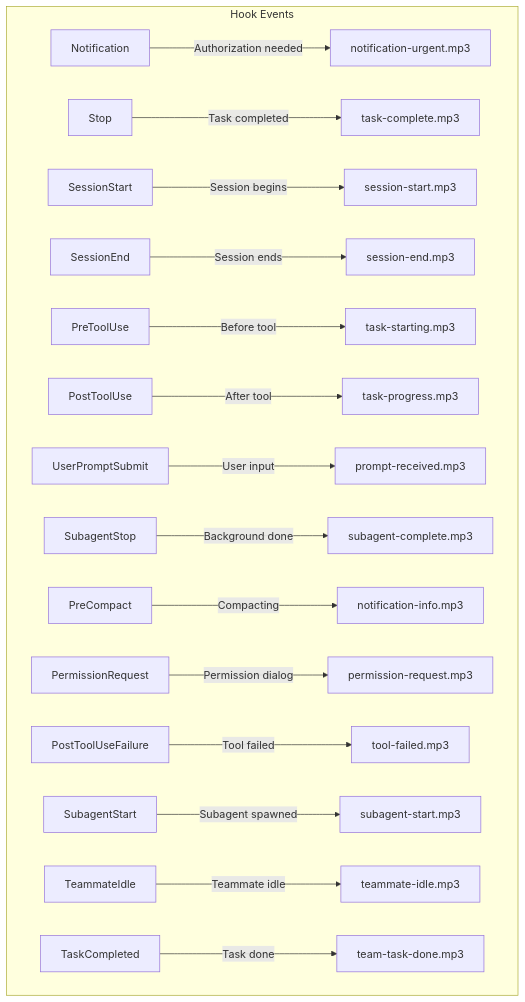
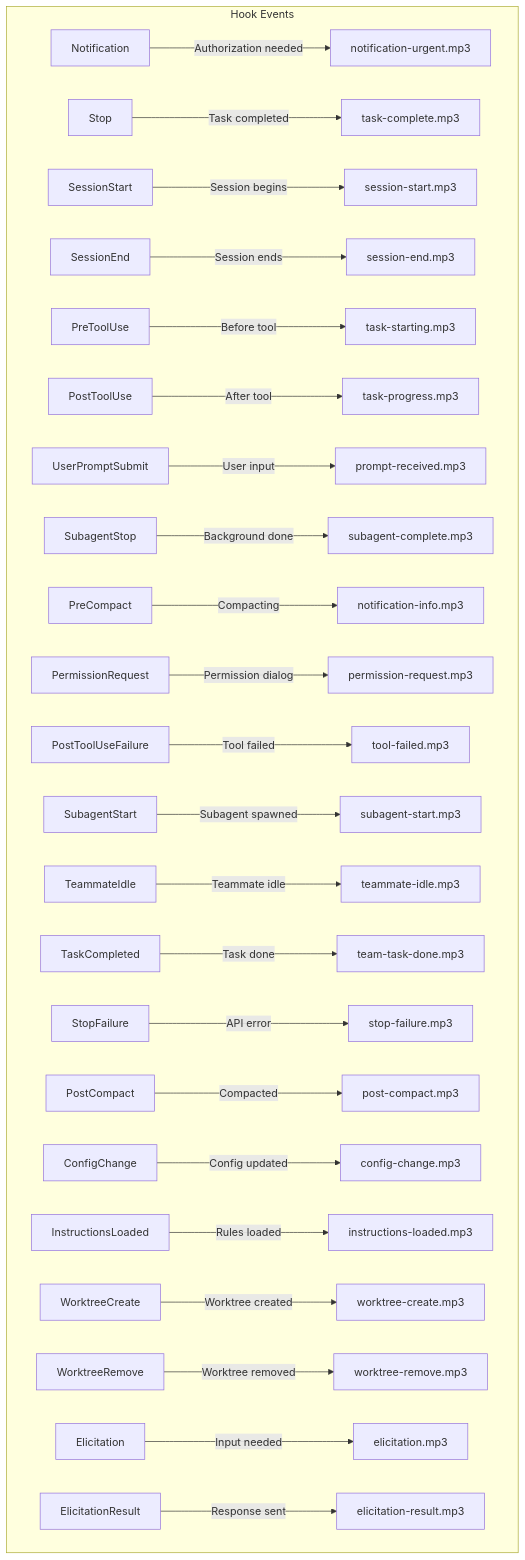
Before and after one commit to tozaki1545atebau/claude-code-audio-hooks: the third of 4 diagrams in CLAUDE.md, drawn with Mermaid. The commit also changed other lines of this file and 27 other files, not shown here.

````diff
--- a/CLAUDE.md
+++ b/CLAUDE.md
@@ -137,19 +145,27 @@
 ```mermaid
 graph TD
     subgraph "Hook Events"
         H1[Notification] -->|"Authorization needed"| A1[notification-urgent.mp3]
         H2[Stop] -->|"Task completed"| A2[task-complete.mp3]
         H3[SessionStart] -->|"Session begins"| A3[session-start.mp3]
         H4[SessionEnd] -->|"Session ends"| A4[session-end.mp3]
         H5[PreToolUse] -->|"Before tool"| A5[task-starting.mp3]
         H6[PostToolUse] -->|"After tool"| A6[task-progress.mp3]
         H7[UserPromptSubmit] -->|"User input"| A7[prompt-received.mp3]
         H8[SubagentStop] -->|"Background done"| A8[subagent-complete.mp3]
         H9[PreCompact] -->|"Compacting"| A9[notification-info.mp3]
         H10[PermissionRequest] -->|"Permission dialog"| A10[permission-request.mp3]
         H11[PostToolUseFailure] -->|"Tool failed"| A11[tool-failed.mp3]
         H12[SubagentStart] -->|"Subagent spawned"| A12[subagent-start.mp3]
         H13[TeammateIdle] -->|"Teammate idle"| A13[teammate-idle.mp3]
         H14[TaskCompleted] -->|"Task done"| A14[team-task-done.mp3]
+        H15[StopFailure] -->|"API error"| A15[stop-failure.mp3]
+        H16[PostCompact] -->|"Compacted"| A16[post-compact.mp3]
+        H17[ConfigChange] -->|"Config updated"| A17[config-change.mp3]
+        H18[InstructionsLoaded] -->|"Rules loaded"| A18[instructions-loaded.mp3]
+        H19[WorktreeCreate] -->|"Worktree created"| A19[worktree-create.mp3]
+        H20[WorktreeRemove] -->|"Worktree removed"| A20[worktree-remove.mp3]
+        H21[Elicitation] -->|"Input needed"| A21[elicitation.mp3]
+        H22[ElicitationResult] -->|"Response sent"| A22[elicitation-result.mp3]
     end
 ```
````
